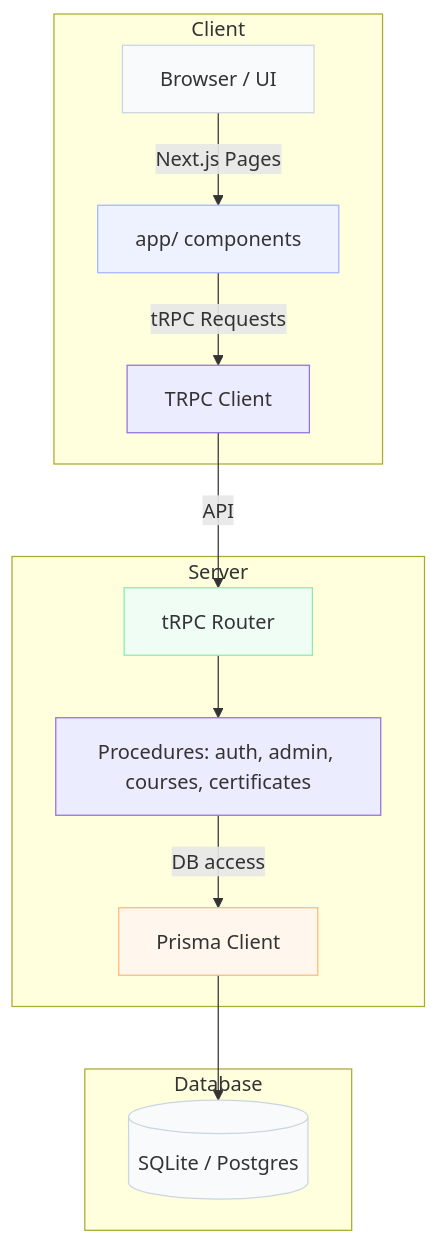
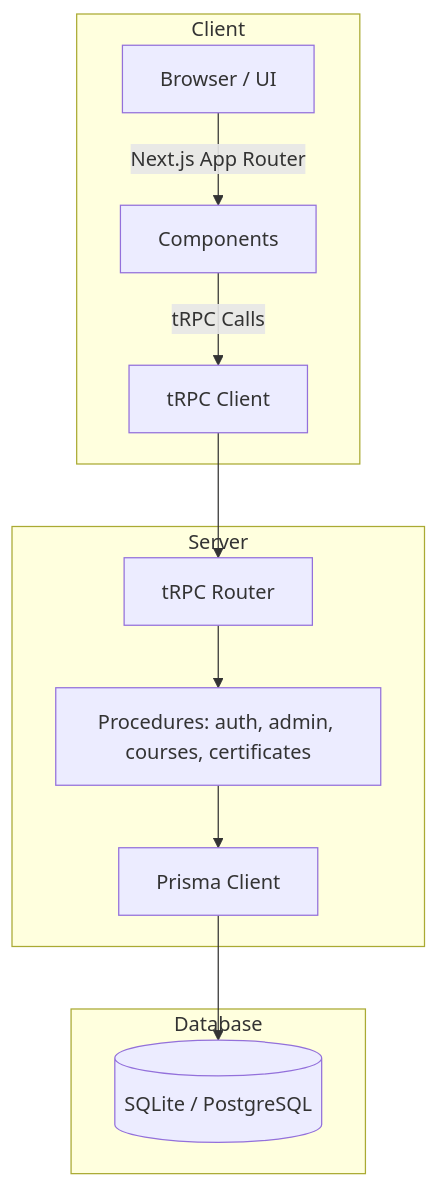
The diagram in README.md (mr-piyson/VulnGuard), drawn with Mermaid before and after one commit. The commit also changed other lines of this file, not shown here.

````diff
--- a/README.md
+++ b/README.md
@@ -33,23 +42,17 @@
 ```mermaid
 flowchart TD
   subgraph Client
-    A[Browser / UI] -->|Next.js Pages| B[app/ components]
-    B -->|tRPC Requests| C[TRPC Client]
+    A[Browser / UI] -->|Next.js App Router| B[Components]
+    B -->|tRPC Calls| C[tRPC Client]
   end
 
   subgraph Server
-    C -->|API| D[tRPC Router]
+    C --> D[tRPC Router]
     D --> E[Procedures: auth, admin, courses, certificates]
-    E -->|DB access| F[Prisma Client]
+    E --> F[Prisma Client]
   end
 
   subgraph Database
-    F --> G[(SQLite / Postgres)]
+    F --> G[(SQLite / PostgreSQL)]
   end
-
-  style A fill:#f8fafc,stroke:#cbd5e1
-  style B fill:#eef2ff,stroke:#a5b4fc
-  style D fill:#f0fdf4,stroke:#86efac
-  style F fill:#fff7ed,stroke:#fdba74
-  style G fill:#f8fafc,stroke:#cbd5e1
 ```
````
